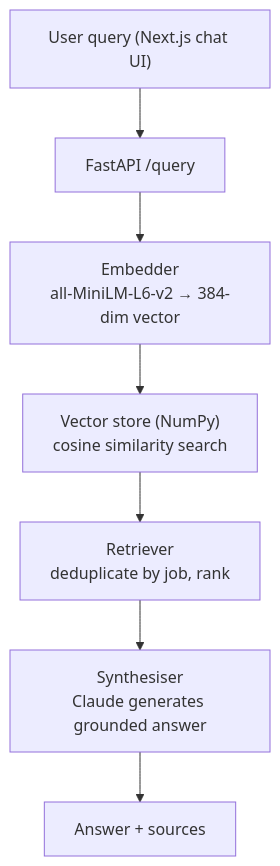
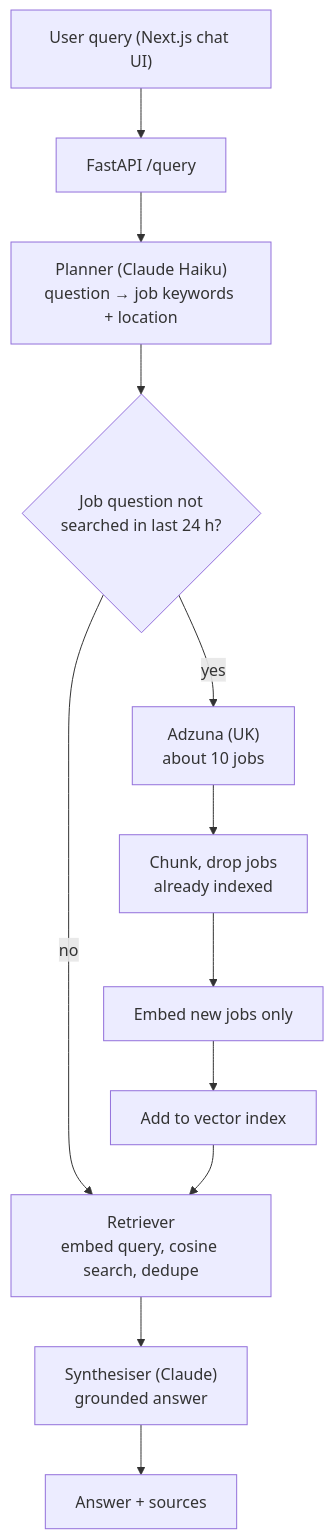
Before and after one commit to melbinmv/jobsense: the second of 4 diagrams in README.md, drawn with Mermaid. The commit also changed other lines of this file, not shown here.

````diff
--- a/README.md
+++ b/README.md
@@ -48,9 +50,14 @@
 ```mermaid
 flowchart TD
-    Q["User query (Next.js chat UI)"] --> E["FastAPI /query"]
-    E --> EM["Embedder<br/>all-MiniLM-L6-v2 → 384-dim vector"]
-    EM --> VS["Vector store (NumPy)<br/>cosine similarity search"]
-    VS --> R["Retriever<br/>deduplicate by job, rank"]
-    R --> S["Synthesiser<br/>Claude generates grounded answer"]
+    Q["User query (Next.js chat UI)"] --> API["FastAPI /query"]
+    API --> PL["Planner (Claude Haiku)<br/>question → job keywords + location"]
+    PL --> D{"Job question not<br/>searched in last 24 h?"}
+    D -- "yes" --> AZ["Adzuna (UK)<br/>about 10 jobs"]
+    AZ --> CH["Chunk, drop jobs<br/>already indexed"]
+    CH --> EM1["Embed new jobs only"]
+    EM1 --> ADD["Add to vector index"]
+    D -- "no" --> RET
+    ADD --> RET["Retriever<br/>embed query, cosine search, dedupe"]
+    RET --> S["Synthesiser (Claude)<br/>grounded answer"]
     S --> A["Answer + sources"]
 ```
````
